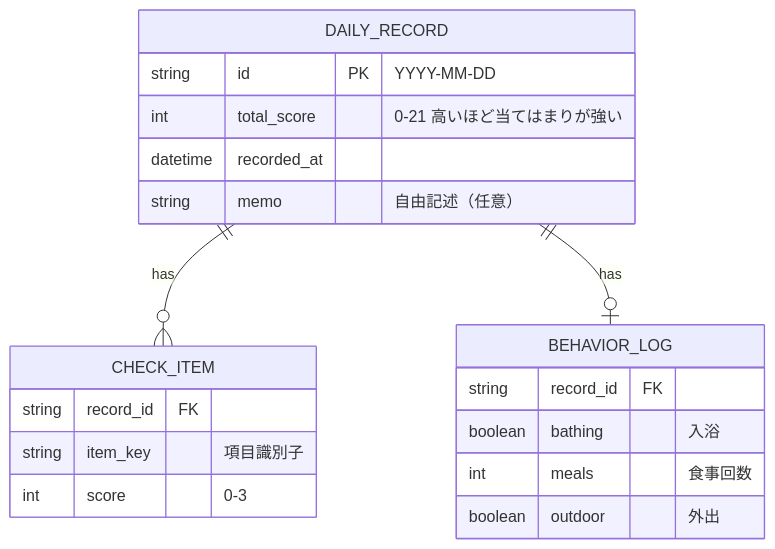
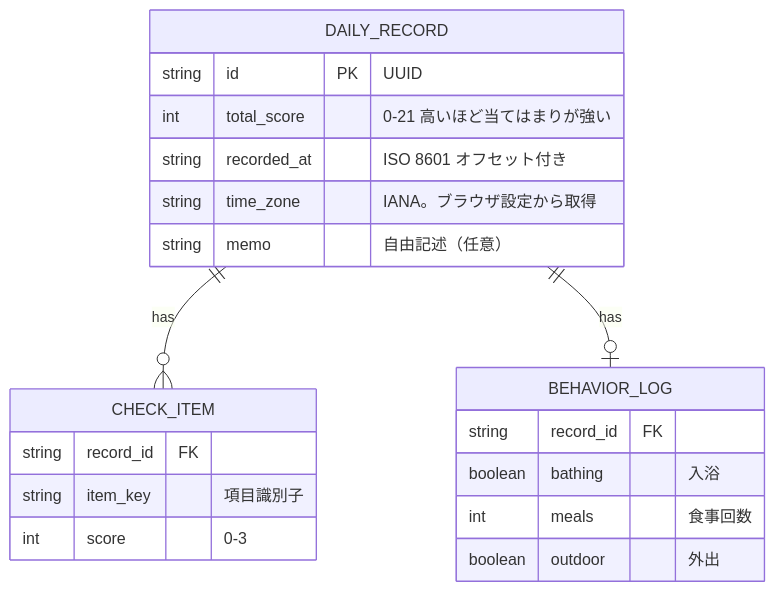
The second of 4 diagrams in docs/design.md (HaraRyonosuke/condition-tracker), drawn with Mermaid before and after one commit. The commit also changed other lines of this file and 1 other file, not shown here.

````diff
--- a/docs/design.md
+++ b/docs/design.md
@@ -27,25 +27,26 @@
 ```mermaid
 erDiagram
     DAILY_RECORD {
-        string id PK "YYYY-MM-DD"
+        string id PK "UUID"
         int total_score "0-21 高いほど当てはまりが強い"
-        datetime recorded_at
+        string recorded_at "ISO 8601 オフセット付き"
+        string time_zone "IANA。ブラウザ設定から取得"
         string memo "自由記述（任意）"
     }
 
     CHECK_ITEM {
         string record_id FK
         string item_key "項目識別子"
         int score "0-3"
     }
 
     BEHAVIOR_LOG {
         string record_id FK
         boolean bathing "入浴"
         int meals "食事回数"
         boolean outdoor "外出"
     }
 
     DAILY_RECORD ||--o{ CHECK_ITEM : "has"
     DAILY_RECORD ||--o| BEHAVIOR_LOG : "has"
 ```
````
